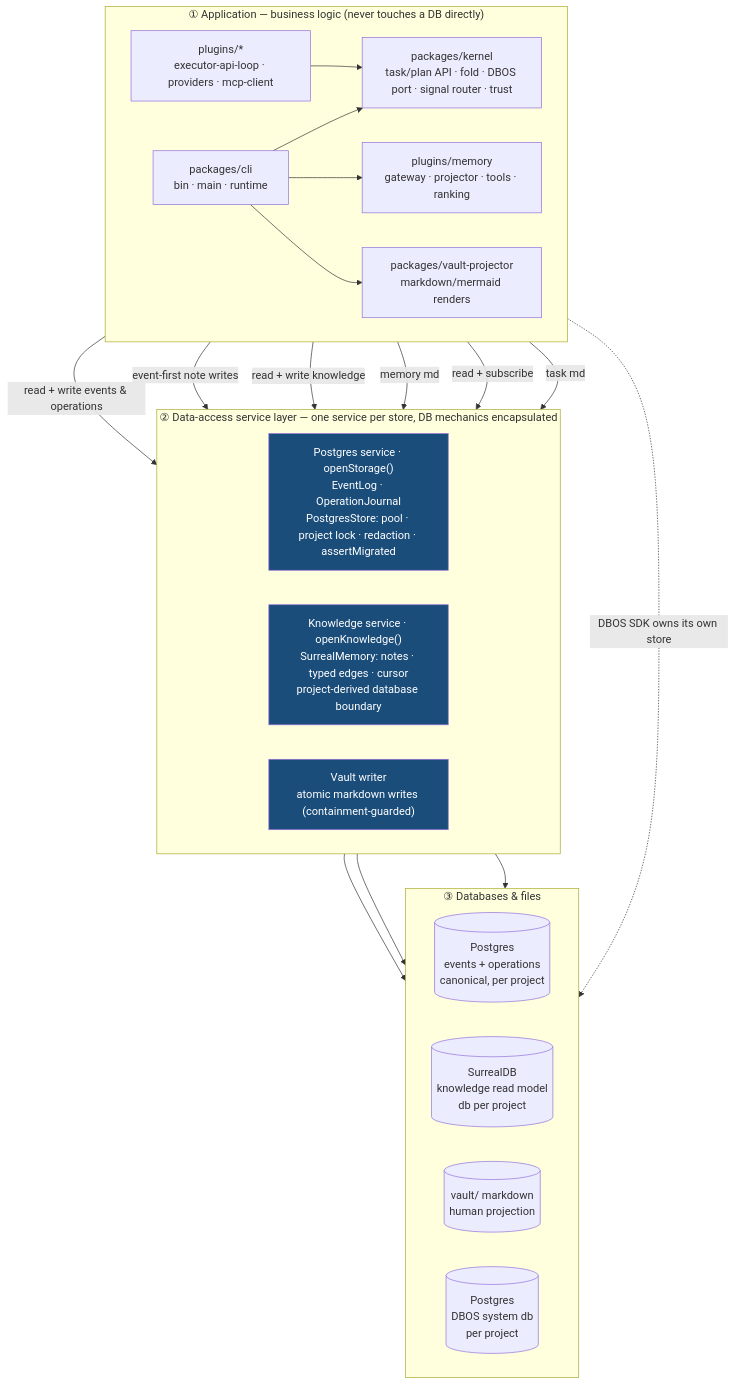
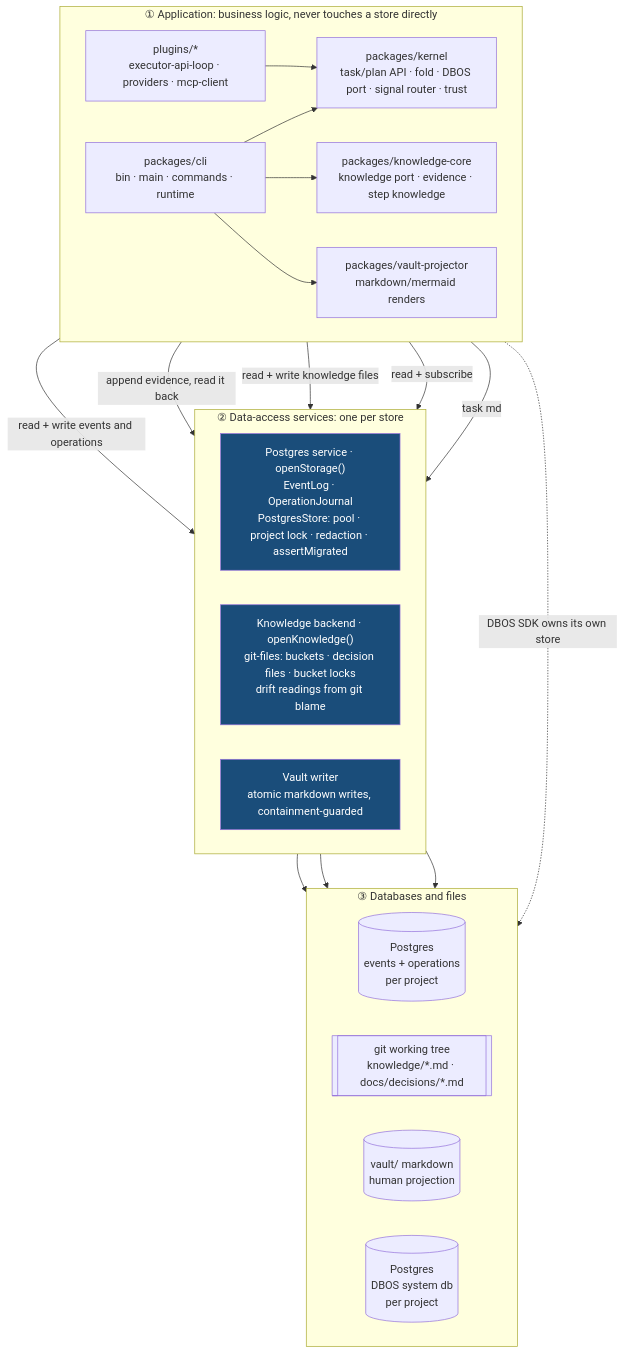
Before and after one commit to fetttttjoe/ORC: the fourth of 7 diagrams in docs/ARCHITECTURE.md, drawn with Mermaid. The commit also changed other lines of this file and 513 other files, not shown here.

````diff
--- a/docs/ARCHITECTURE.md
+++ b/docs/ARCHITECTURE.md
@@ -267,46 +264,45 @@
 ```mermaid
 graph TD
-  subgraph APP ["① Application — business logic (never touches a DB directly)"]
+  subgraph APP ["① Application: business logic, never touches a store directly"]
     direction LR
-    CLI["packages/cli<br/>bin · main · runtime"]
+    CLI["packages/cli<br/>bin · main · commands · runtime"]
     KRN["packages/kernel<br/>task/plan API · fold · DBOS port · signal router · trust"]
-    MEMBIZ["plugins/memory<br/>gateway · projector · tools · ranking"]
+    KCORE["packages/knowledge-core<br/>knowledge port · evidence · step knowledge"]
     VPBIZ["packages/vault-projector<br/>markdown/mermaid renders"]
     PLG["plugins/*<br/>executor-api-loop · providers · mcp-client"]
   end
 
-  subgraph SVC ["② Data-access service layer — one service per store, DB mechanics encapsulated"]
+  subgraph SVC ["② Data-access services: one per store"]
     direction LR
     PGSVC["Postgres service · openStorage()<br/>EventLog · OperationJournal<br/>PostgresStore: pool · project lock · redaction · assertMigrated"]
-    KNSVC["Knowledge service · openKnowledge()<br/>SurrealMemory: notes · typed edges · cursor<br/>project-derived database boundary"]
-    VWSVC["Vault writer<br/>atomic markdown writes (containment-guarded)"]
+    KNSVC["Knowledge backend · openKnowledge()<br/>git-files: buckets · decision files · bucket locks<br/>drift readings from git blame"]
+    VWSVC["Vault writer<br/>atomic markdown writes, containment-guarded"]
   end
 
-  subgraph DBS ["③ Databases & files"]
+  subgraph DBS ["③ Databases and files"]
     direction LR
-    PG[("Postgres<br/>events + operations<br/>canonical, per project")]
-    SUR[("SurrealDB<br/>knowledge read model<br/>db per project")]
+    PG[("Postgres<br/>events + operations<br/>per project")]
+    GIT[["git working tree<br/>knowledge/*.md · docs/decisions/*.md"]]
     VLT[("vault/ markdown<br/>human projection")]
     DBOS[("Postgres<br/>DBOS system db<br/>per project")]
   end
 
   CLI --> KRN
-  CLI --> MEMBIZ
+  CLI --> KCORE
   CLI --> VPBIZ
   PLG --> KRN
 
-  KRN -->|read + write events & operations| PGSVC
-  MEMBIZ -->|event-first note writes| PGSVC
-  MEMBIZ -->|read + write knowledge| KNSVC
-  MEMBIZ -->|memory md| VWSVC
+  KRN -->|read + write events and operations| PGSVC
+  KCORE -->|append evidence, read it back| PGSVC
+  KCORE -->|read + write knowledge files| KNSVC
   VPBIZ -->|read + subscribe| PGSVC
   VPBIZ -->|task md| VWSVC
 
   PGSVC --> PG
-  KNSVC --> SUR
+  KNSVC --> GIT
   VWSVC --> VLT
   KRN -. DBOS SDK owns its own store .-> DBOS
 
   classDef svc fill:#1a4d7a,color:#fff
   class PGSVC,KNSVC,VWSVC svc
 ```
````
